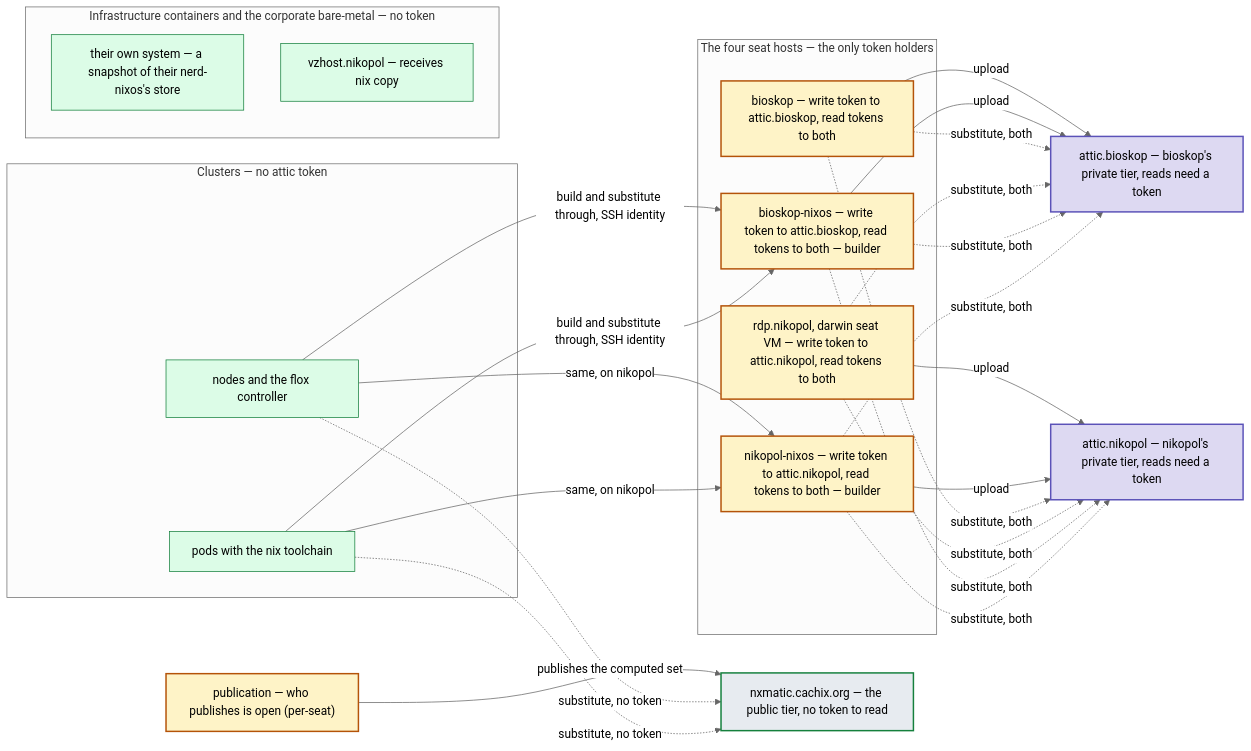
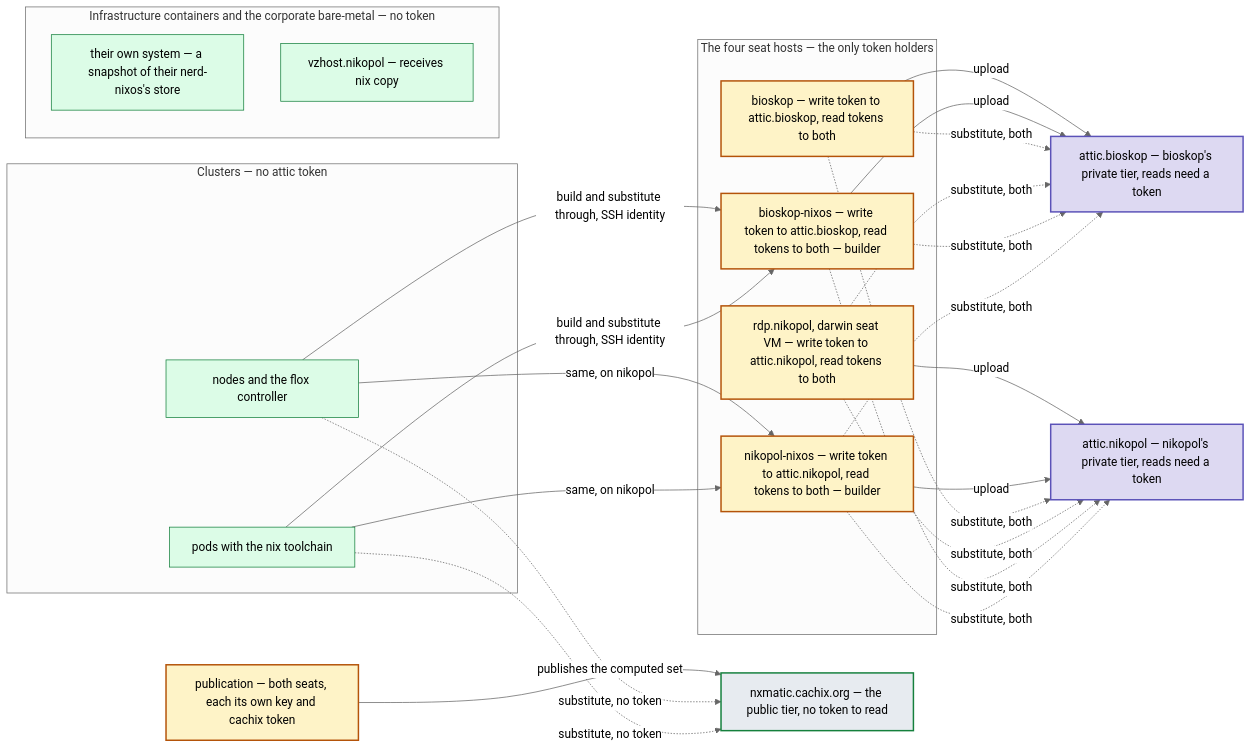
Before and after one commit to seedmatic/ndh: diagram 13 of 14 in docs/private-binary-cache-spec.adoc, drawn with Mermaid (neutral theme). The commit also changed other lines of this file, not shown here.

First line of the commit message:
docs(cache): both seats publish; keys and secrets per 🔑's recommendations

```diff
--- a/docs/private-binary-cache-spec.adoc
+++ b/docs/private-binary-cache-spec.adoc
@@ -1789,35 +1833,35 @@
 [mermaid]
 ....
 flowchart LR
   subgraph HOSTS["The four seat hosts — the only token holders"]
     h1["bioskop — write token to attic.bioskop, read tokens to both"]:::writer
     h2["rdp.nikopol, darwin seat VM — write token to attic.nikopol, read tokens to both"]:::writer
     h3["bioskop-nixos — write token to attic.bioskop, read tokens to both — builder"]:::writer
     h4["nikopol-nixos — write token to attic.nikopol, read tokens to both — builder"]:::writer
   end
   subgraph CLUSTERS["Clusters — no attic token"]
     n1["nodes and the flox controller"]:::none
     p1["pods with the nix toolchain"]:::none
   end
   subgraph INFRA["Infrastructure containers and the corporate bare-metal — no token"]
     c1["their own system — a snapshot of their nerd-nixos's store"]:::none
     vz["vzhost.nikopol — receives nix copy"]:::none
   end
   attB["attic.bioskop — bioskop's private tier, reads need a token"]:::cache
   attN["attic.nikopol — nikopol's private tier, reads need a token"]:::cache
   cx["nxmatic.cachix.org — the public tier, no token to read"]:::pub
-  fj["publication — who publishes is open (per-seat)"]:::writer
+  fj["publication — both seats, each its own key and cachix token"]:::writer
 
   h1 & h3 -->|"upload"| attB
   h2 & h4 -->|"upload"| attN
   h1 & h2 & h3 & h4 -.->|"substitute, both"| attB & attN
   fj -->|"publishes the computed set"| cx
   n1 & p1 -.->|"substitute, no token"| cx
   n1 & p1 -->|"build and substitute through, SSH identity"| h3
   n1 & p1 -->|"same, on nikopol"| h4
 
   classDef writer fill:#fef3c7,stroke:#b45309,stroke-width:2px;
   classDef none fill:#dcfce7,stroke:#15803d;
   classDef cache fill:#ddd9f2,stroke:#5b52b8,stroke-width:2px;
   classDef pub fill:#e7ebf0,stroke:#15803d,stroke-width:2px;
 ....
```
